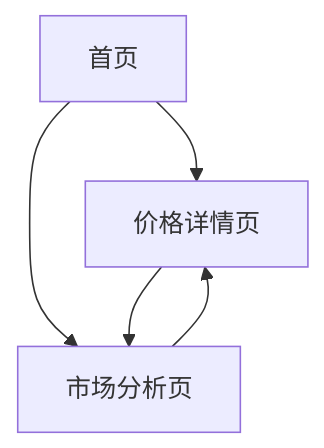
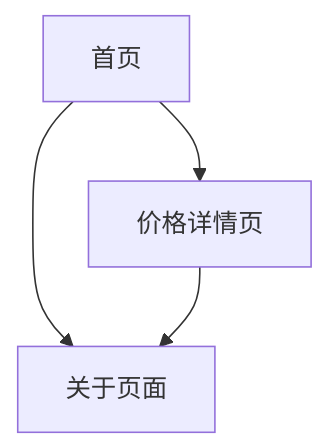
One commit to al2work/huangjin changed the diagram in docs/product-requirements.md. Above: the diagram before and after it, drawn with Mermaid. The commit also changed other lines of this file and 5 other files, not shown here.

````diff
--- a/docs/product-requirements.md
+++ b/docs/product-requirements.md
@@ -34,7 +34,6 @@
 ```mermaid
 graph TD
   A[首页] --> B[价格详情页]
-  A --> C[市场分析页]
+  A --> C[关于页面]
   B --> C
-  C --> B
 ```
````
